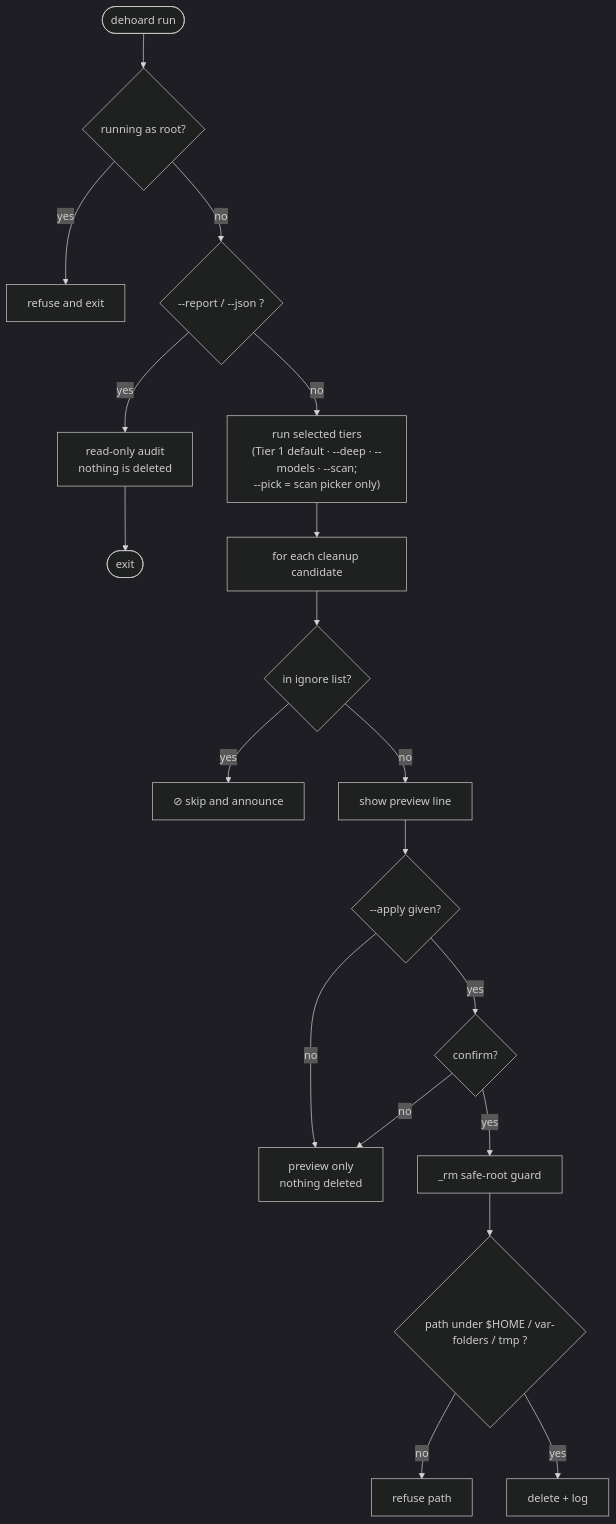
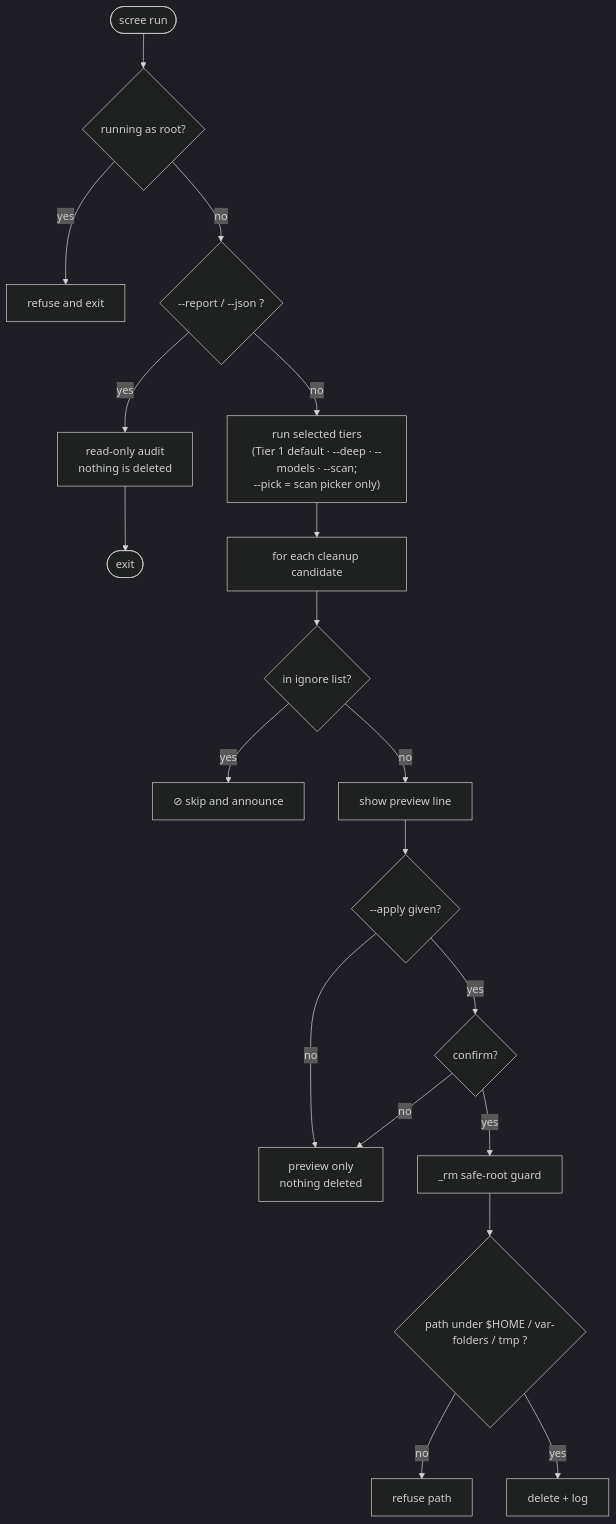
Before and after one commit to vishwaksena-dingari/dehoard: the first of 2 diagrams in README.md, drawn with Mermaid (dark theme). The commit also changed other lines of this file and 17 other files, not shown here.

First line of the commit message:
rename: dehoard -> scree

````diff
--- a/README.md
+++ b/README.md
@@ -88,20 +88,20 @@
 ```mermaid
 flowchart TD
-    A([dehoard run]) --> B{running as root?}
+    A([scree run]) --> B{running as root?}
     B -- yes --> X[refuse and exit]
     B -- no --> C{"--report / --json ?"}
     C -- yes --> R[read-only audit<br/>nothing is deleted] --> Z([exit])
     C -- no --> D["run selected tiers<br/>(Tier 1 default · --deep · --models · --scan;<br/>--pick = scan picker only)"]
     D --> E[for each cleanup candidate]
     E --> F{in ignore list?}
     F -- yes --> G["⊘ skip and announce"]
     F -- no --> H[show preview line]
     H --> I{"--apply given?"}
     I -- no --> P[preview only<br/>nothing deleted]
     I -- yes --> J{confirm?}
     J -- no --> P
     J -- yes --> K[_rm safe-root guard]
     K --> L{"path under $HOME / var-folders / tmp ?"}
     L -- no --> Y[refuse path]
     L -- yes --> M[delete + log]
 ```
````
